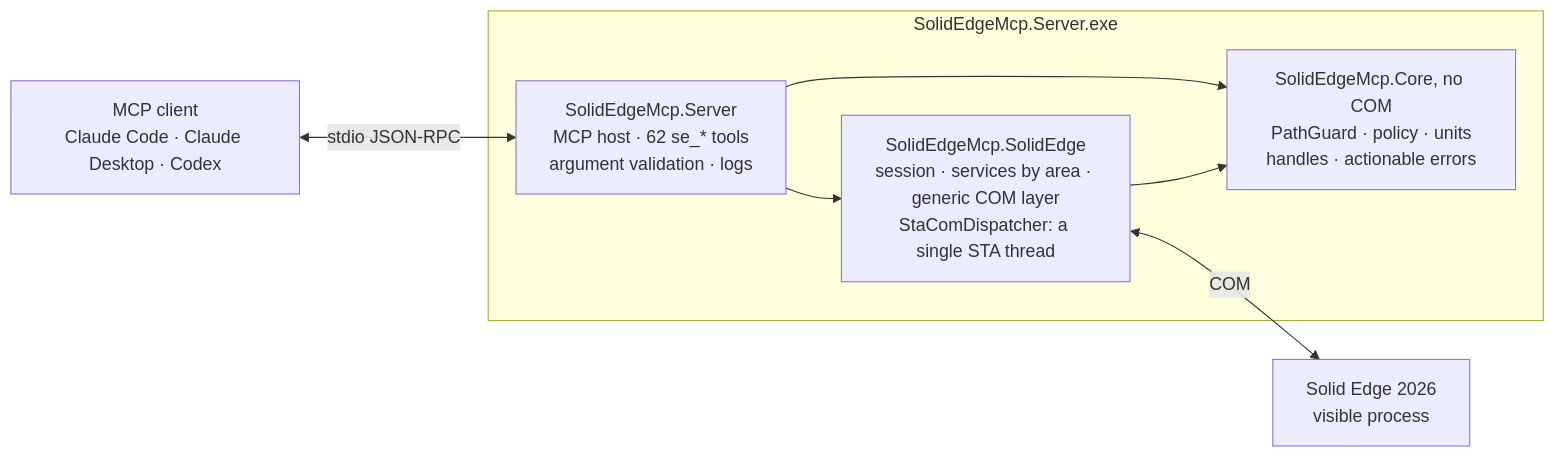
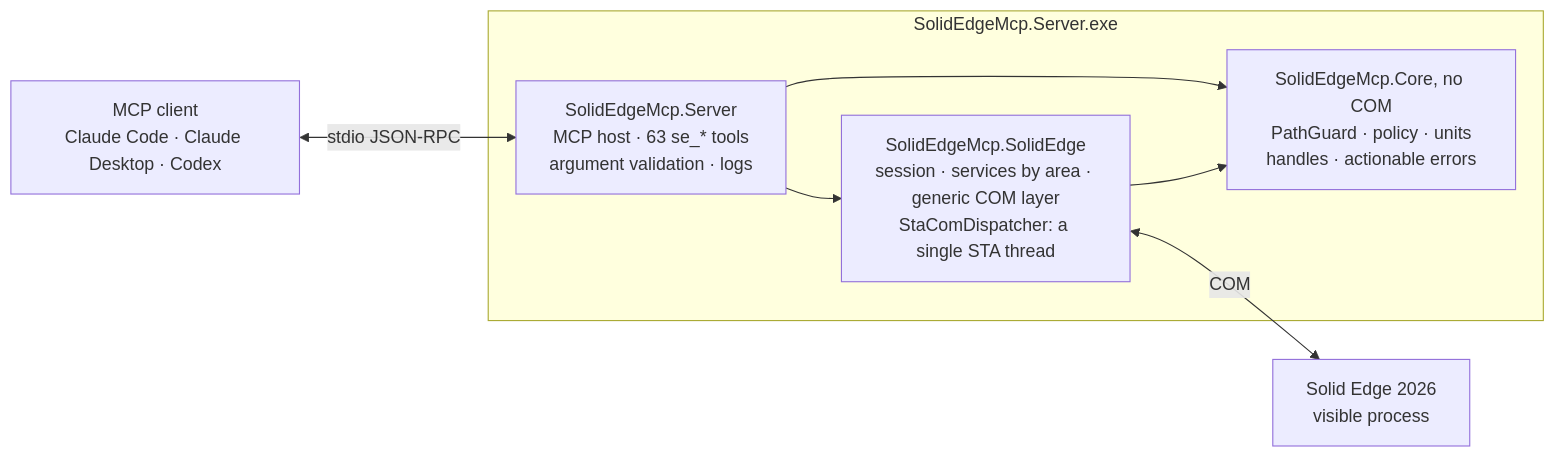
Before and after one commit to gabichuuuuu/solid-edge-mcp: the diagram in README.md, drawn with Mermaid. The commit also changed other lines of this file and 11 other files, not shown here.

````diff
--- a/README.md
+++ b/README.md
@@ -304,18 +305,18 @@
 ```mermaid
 flowchart LR
     client["MCP client<br/>Claude Code · Claude Desktop · Codex"]
 
     subgraph exe ["SolidEdgeMcp.Server.exe"]
-        server["SolidEdgeMcp.Server<br/>MCP host · 62 se_* tools<br/>argument validation · logs"]
+        server["SolidEdgeMcp.Server<br/>MCP host · 63 se_* tools<br/>argument validation · logs"]
         se["SolidEdgeMcp.SolidEdge<br/>session · services by area · generic COM layer<br/>StaComDispatcher: a single STA thread"]
         core["SolidEdgeMcp.Core, no COM<br/>PathGuard · policy · units<br/>handles · actionable errors"]
         server --> se
         server --> core
         se --> core
     end
 
     app["Solid Edge 2026<br/>visible process"]
 
     client <-->|stdio JSON-RPC| server
     se <-->|COM| app
 ```
````
